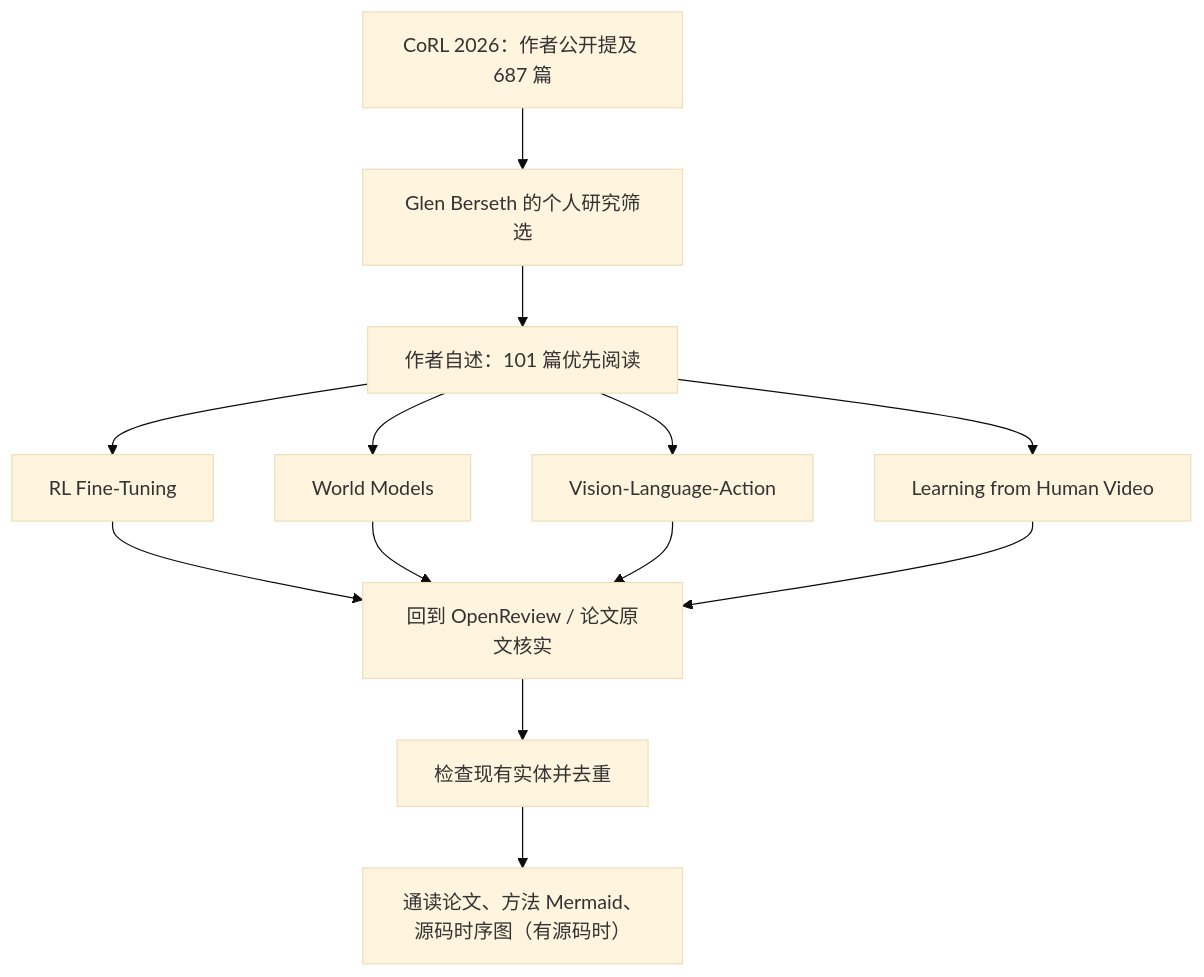
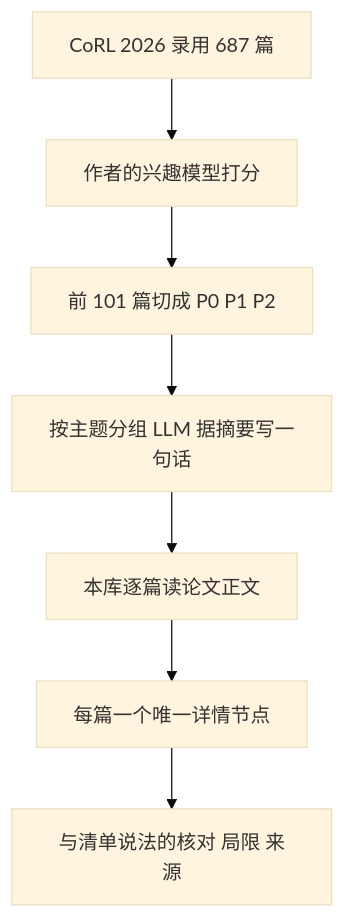
The diagram in wiki/overview/corl-2026-glen-berseth-reading-list.md (ImChong/Robotics_Notebooks), drawn with Mermaid (base theme) before and after one commit. The commit also changed other lines of this file and 196 other files, not shown here.

First line of the commit message:
ingest: CoRL 2026 Glen Berseth 阅读清单 101 篇全文归档、概述页与逐篇详情节点

````diff
--- a/wiki/overview/corl-2026-glen-berseth-reading-list.md
+++ b/wiki/overview/corl-2026-glen-berseth-reading-list.md
@@ -53,15 +47,9 @@
 ```mermaid
 flowchart TD
-  A["CoRL 2026：作者公开提及 687 篇"] --> B["Glen Berseth 的个人研究筛选"]
-  B --> C["作者自述：101 篇优先阅读"]
-  C --> D["RL Fine-Tuning"]
-  C --> E["World Models"]
-  C --> F["Vision-Language-Action"]
-  C --> G["Learning from Human Video"]
-  D --> H["回到 OpenReview / 论文原文核实"]
-  E --> H
-  F --> H
-  G --> H
-  H --> I["检查现有实体并去重"]
-  I --> J["通读论文、方法 Mermaid、源码时序图（有源码时）"]
+  A["CoRL 2026 录用 687 篇"] --> B["作者的兴趣模型打分"]
+  B --> C["前 101 篇切成 P0 P1 P2"]
+  C --> D["按主题分组 LLM 据摘要写一句话"]
+  D --> E["本库逐篇读论文正文"]
+  E --> F["每篇一个唯一详情节点"]
+  F --> G["与清单说法的核对 局限 来源"]
 ```
````
